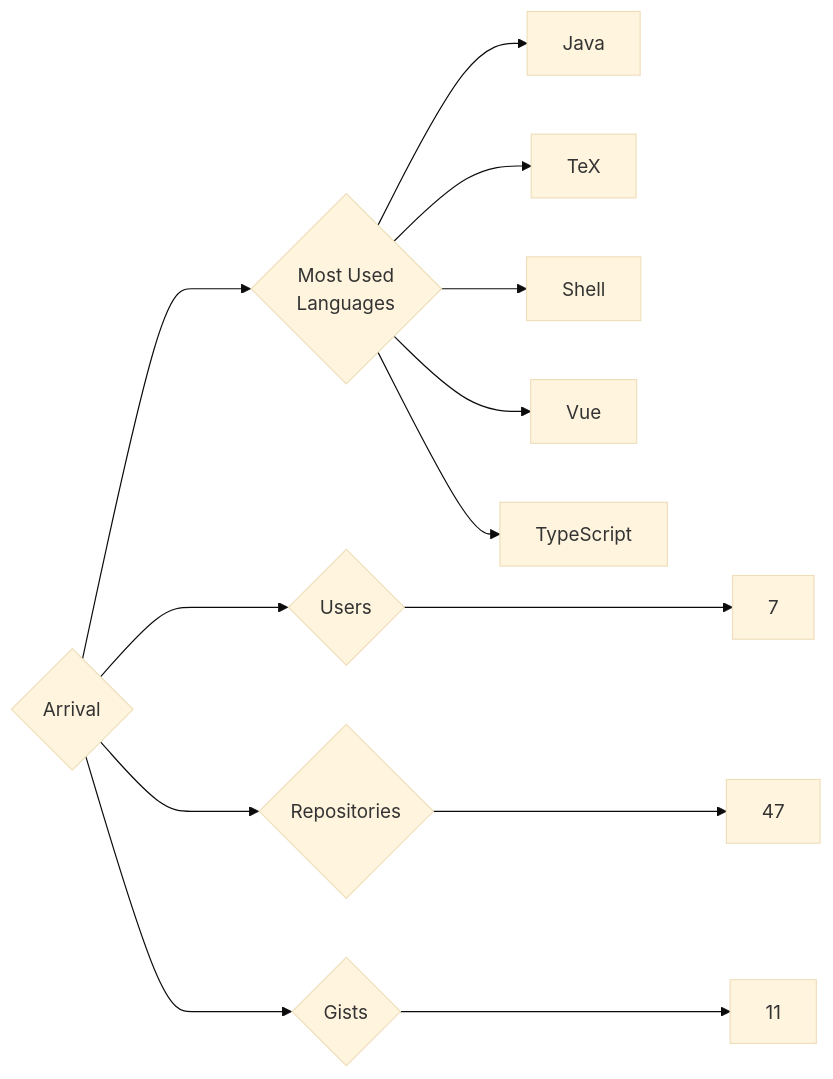
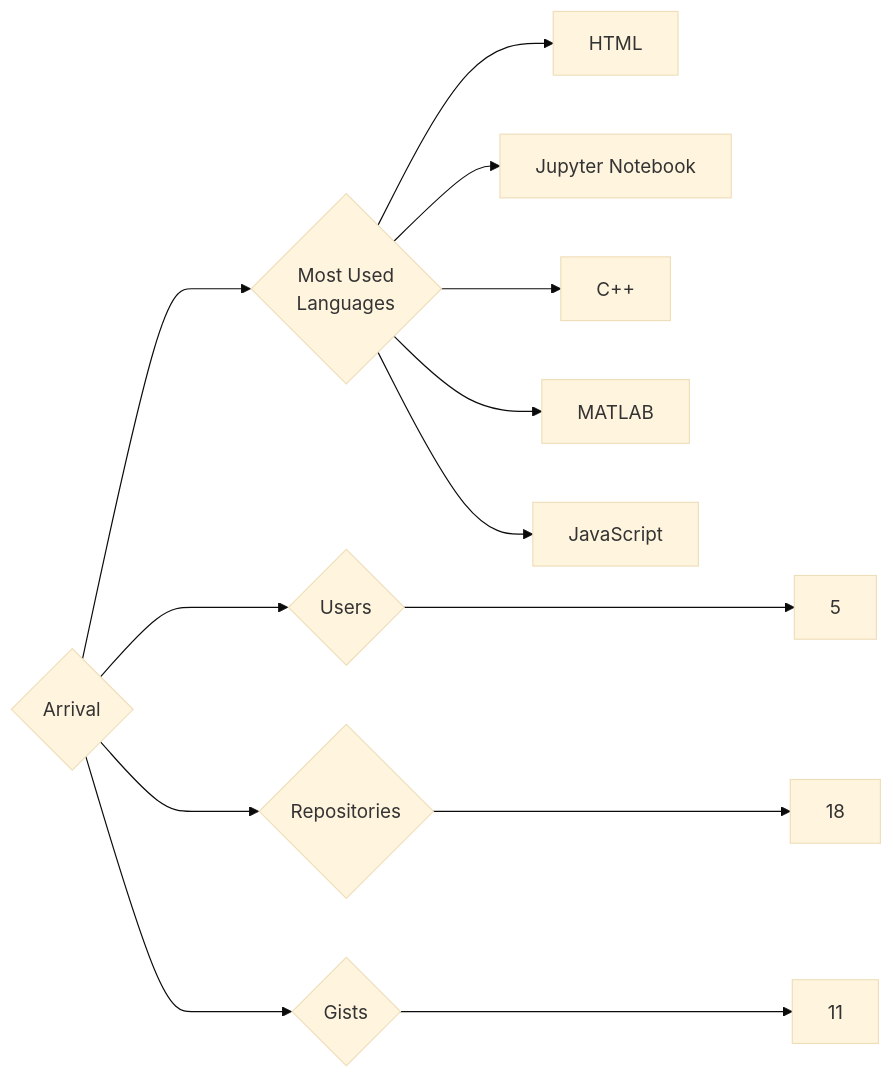
The diagram in targets/Arrival/README.md (trickest/insiders), drawn with Mermaid (base theme) before and after one commit. The commit also changed 1141 other files, not shown here.

````diff
--- a/targets/Arrival/README.md
+++ b/targets/Arrival/README.md
@@ -3,13 +3,13 @@
 ```mermaid
 graph LR
 COMPANY_NAME{Arrival}
-COMPANY_NAME ---> U{Users} ---> UN[7]
-COMPANY_NAME ---> R{Repositories} ---> RN[47]
+COMPANY_NAME ---> U{Users} ---> UN[5]
+COMPANY_NAME ---> R{Repositories} ---> RN[18]
 COMPANY_NAME ---> G{Gists} ---> GN[11]
 COMPANY_NAME ---> ML{Most Used<br>Languages}
-ML --> Java[Java]
-ML --> TeX[TeX]
-ML --> Shell[Shell]
-ML --> Vue[Vue]
-ML --> TypeScript[TypeScript]
+ML --> HTML[HTML]
+ML --> Jupyter_Notebook[Jupyter Notebook]
+ML --> C++[C++]
+ML --> MATLAB[MATLAB]
+ML --> JavaScript[JavaScript]
 ```
````
